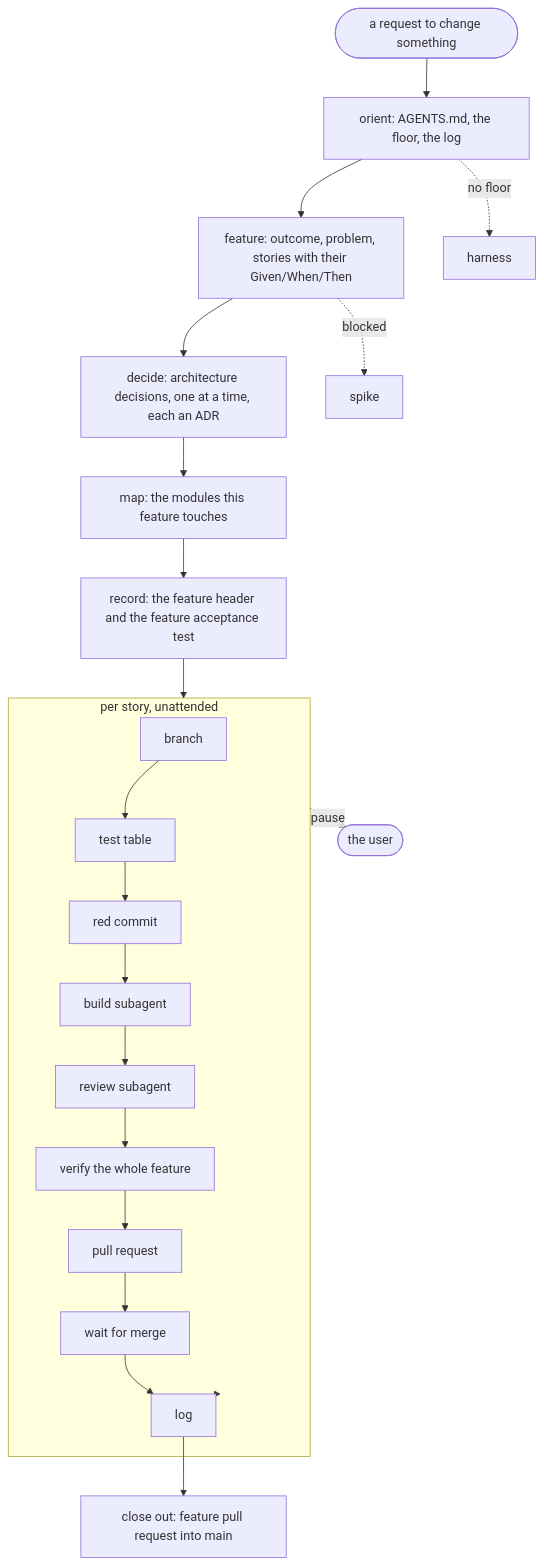
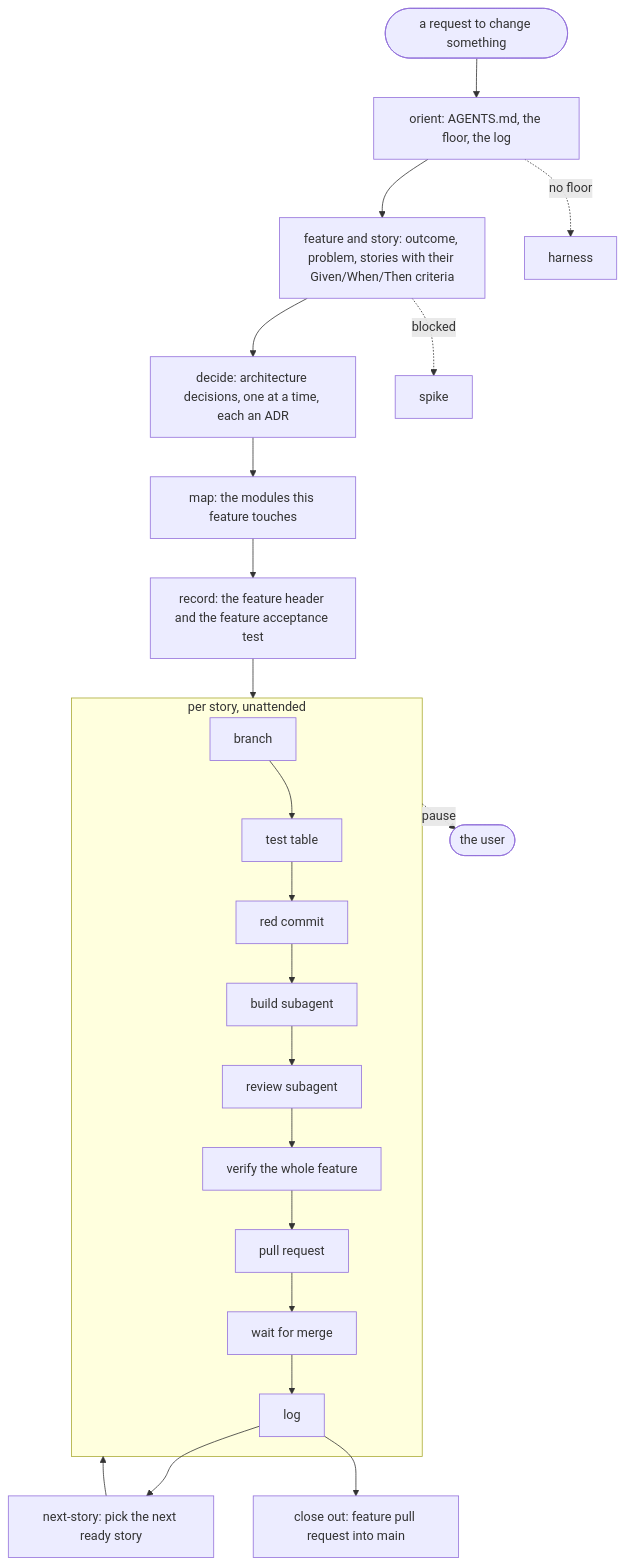
One commit to DaveBben/skills changed the diagram in plugins/SDLC/README.md. Above: the diagram before and after it, drawn with Mermaid. The commit also changed other lines of this file and 25 other files, not shown here.

````diff
--- a/plugins/SDLC/README.md
+++ b/plugins/SDLC/README.md
@@ -42,20 +46,21 @@
 ```mermaid
 flowchart TD
     REQ([a request to change something]) --> OR[orient: AGENTS.md, the floor, the log]
-    OR --> FR[feature: outcome, problem, stories with their Given/When/Then]
+    OR --> FR[feature and story: outcome, problem, stories with their Given/When/Then criteria]
     FR --> DEC[decide: architecture decisions, one at a time, each an ADR]
     DEC --> MAP[map: the modules this feature touches]
     MAP --> REC[record: the feature header and the feature acceptance test]
     REC --> SL
 
     subgraph SL [per story, unattended]
       BR[branch] --> TT[test table] --> RED[red commit] --> BLD[build subagent] --> REV[review subagent] --> VER[verify the whole feature] --> PR[pull request] --> MRG[wait for merge] --> LOG[log]
     end
 
-    LOG --> SL
+    LOG --> NX[next-story: pick the next ready story]
+    NX --> SL
     LOG --> OUT[close out: feature pull request into main]
 
     SL -. pause .-> USER([the user])
     FR -. blocked .-> SPIKE[spike]
     OR -. no floor .-> HARN[harness]
 ```
````
